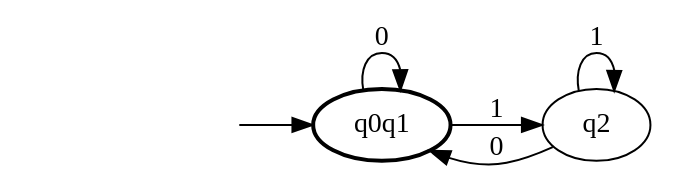
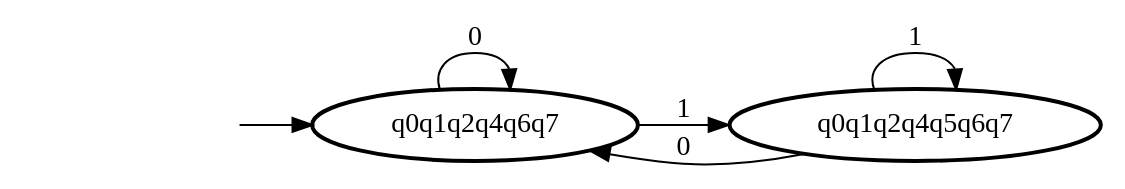
One commit to rafa9811/AUTLEN changed the diagram in P2/af11.dot. Above: the diagram before and after it, drawn with Graphviz. The commit also changed 4 other files, not shown here.

```diff
--- a/P2/af11.dot
+++ b/P2/af11.dot
@@ -1,10 +1,10 @@
 digraph af11  { rankdir=LR;
 	_invisible [style="invis"];
-	q0q1 [penwidth="2"];
-	q2;
-	_invisible -> q0q1 ;
-	q0q1 -> q0q1 [label="0"];
-	q0q1 -> q2 [label="1"];
-	q2 -> q0q1 [label="0"];
-	q2 -> q2 [label="1"];
+	q0q1q2q4q6q7 [penwidth="2"];
+	q0q1q2q4q5q6q7 [penwidth="2"];
+	_invisible -> q0q1q2q4q6q7 ;
+	q0q1q2q4q6q7 -> q0q1q2q4q6q7 [label="0"];
+	q0q1q2q4q6q7 -> q0q1q2q4q5q6q7 [label="1"];
+	q0q1q2q4q5q6q7 -> q0q1q2q4q6q7 [label="0"];
+	q0q1q2q4q5q6q7 -> q0q1q2q4q5q6q7 [label="1"];
 }
```
